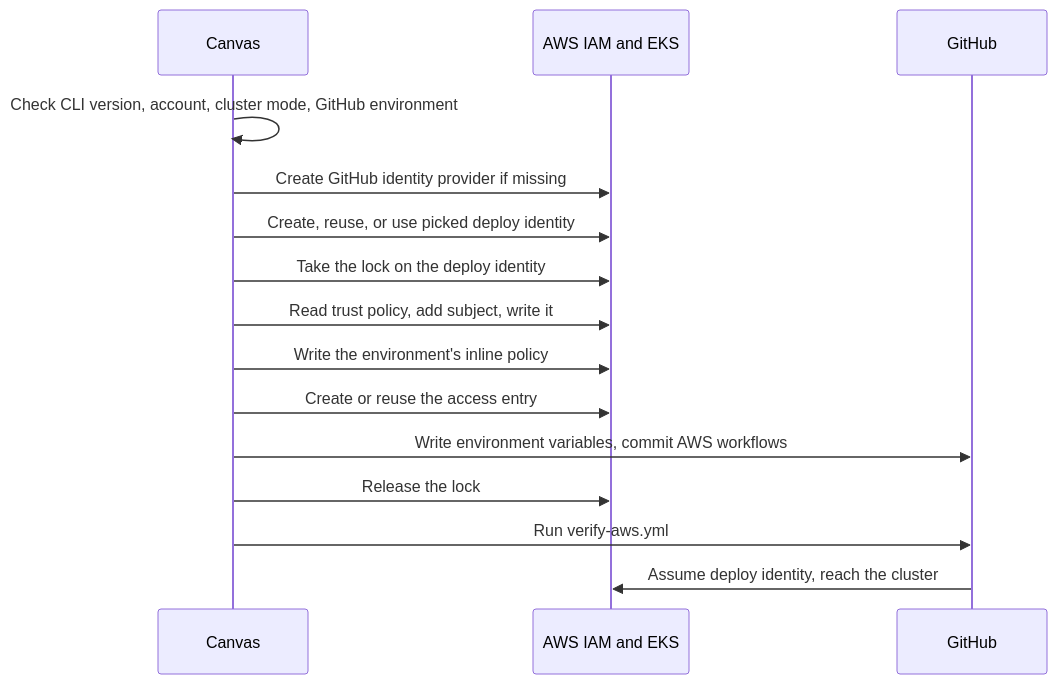
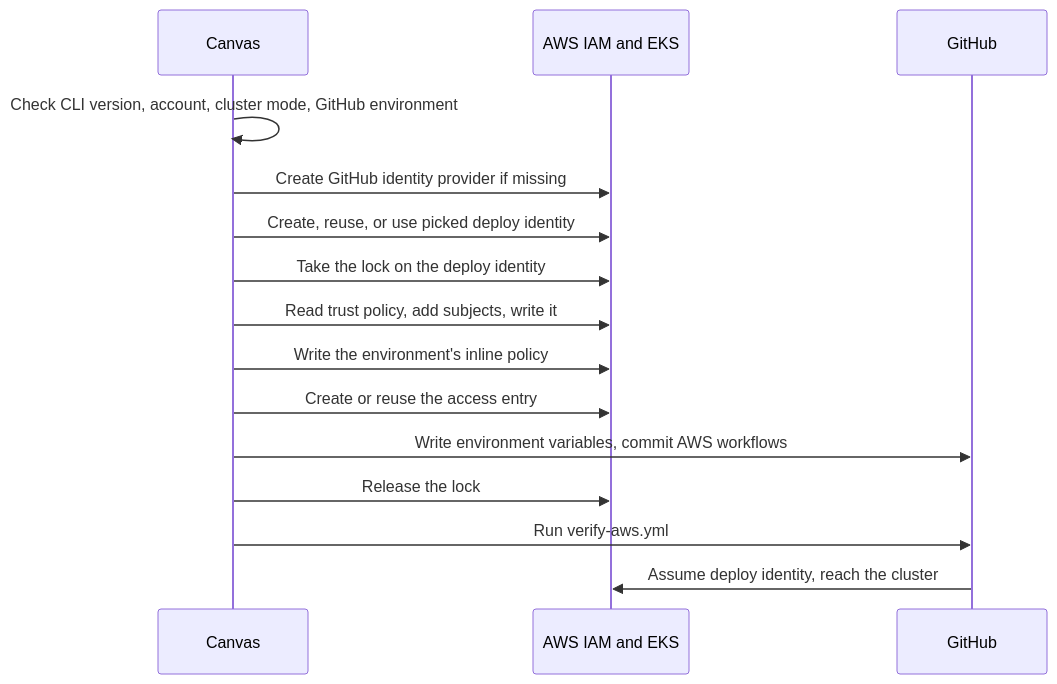
One commit to radius-project/ai-extensions changed the second of 2 diagrams in docs/design/2026-10-aws-canvas-support.md. Above: the diagram before and after it, drawn with Mermaid. The commit also changed other lines of this file, not shown here.

Commit message:
docs: trust every GitHub subject form for AWS environments

````diff
--- a/docs/design/2026-10-aws-canvas-support.md
+++ b/docs/design/2026-10-aws-canvas-support.md
@@ -209,17 +216,17 @@
 ```mermaid
 sequenceDiagram
   participant C as Canvas
   participant AWS as AWS IAM and EKS
   participant GH as GitHub
   C->>C: Check CLI version, account, cluster mode, GitHub environment
   C->>AWS: Create GitHub identity provider if missing
   C->>AWS: Create, reuse, or use picked deploy identity
   C->>AWS: Take the lock on the deploy identity
-  C->>AWS: Read trust policy, add subject, write it
+  C->>AWS: Read trust policy, add subjects, write it
   C->>AWS: Write the environment's inline policy
   C->>AWS: Create or reuse the access entry
   C->>GH: Write environment variables, commit AWS workflows
   C->>AWS: Release the lock
   C->>GH: Run verify-aws.yml
   GH->>AWS: Assume deploy identity, reach the cluster
 ```
````
